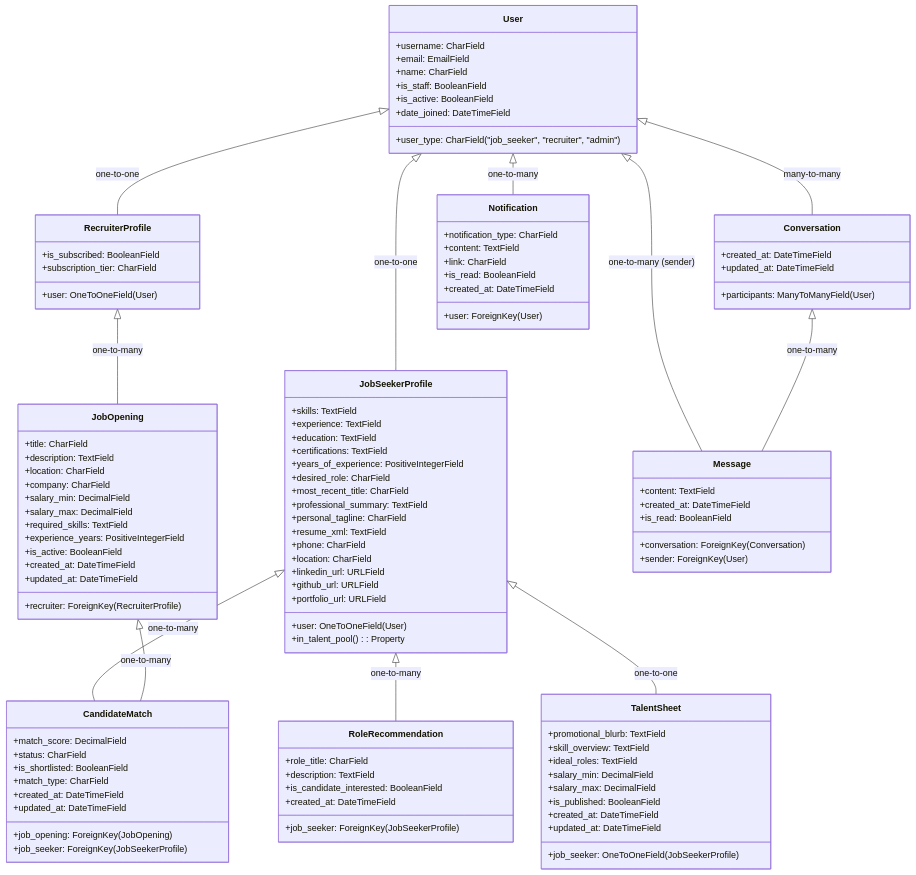
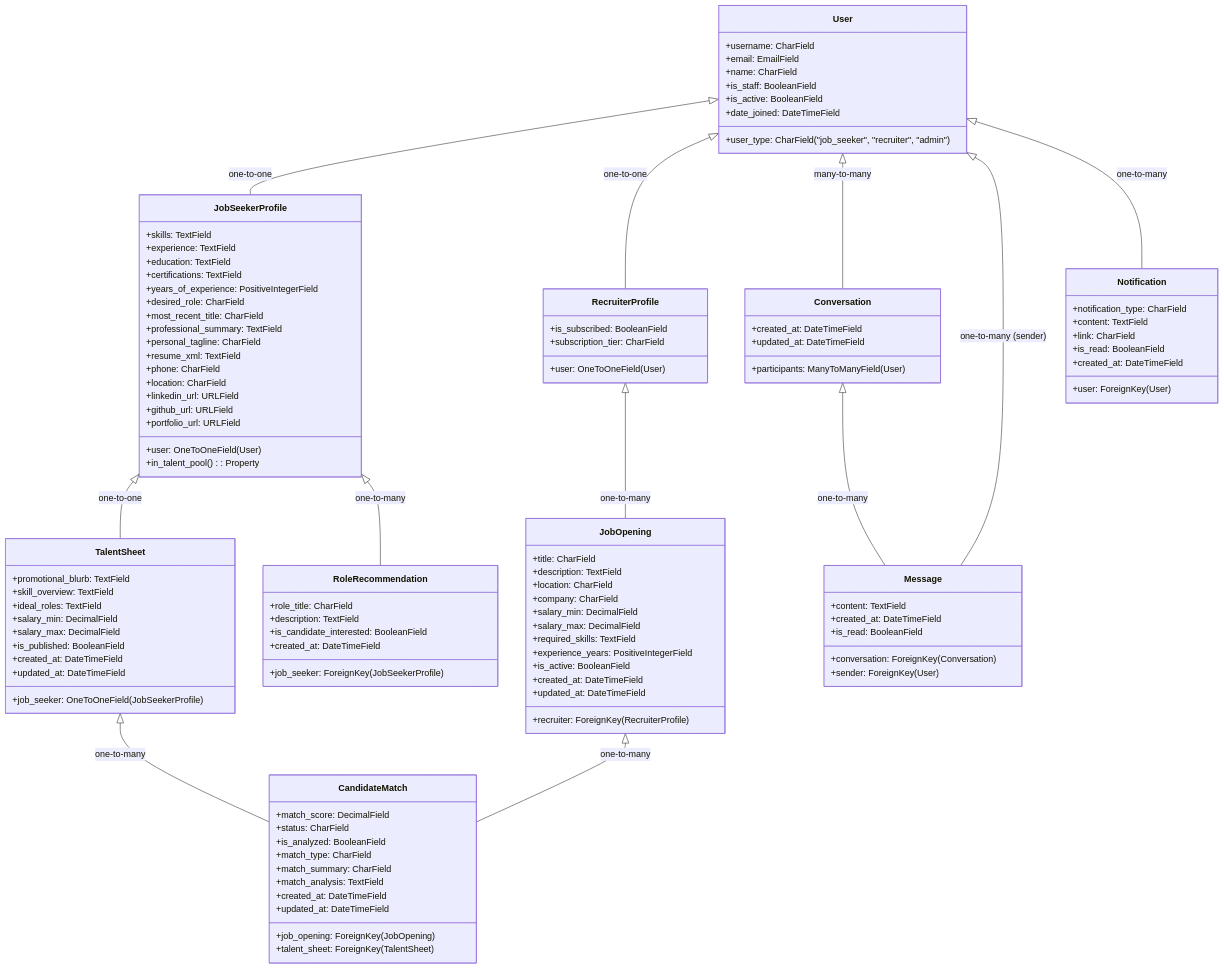
One commit to btfranklin/hiredar-saas-archive changed the diagram in docs/MODELS.md. Above: the diagram before and after it, drawn with Mermaid. The commit also changed other lines of this file and 4 other files, not shown here.

```diff
--- a/docs/MODELS.md
+++ b/docs/MODELS.md
@@ -9,10 +9,10 @@
     User <|-- JobSeekerProfile : one-to-one
     User <|-- RecruiterProfile : one-to-one
     RecruiterProfile <|-- JobOpening : one-to-many
-    JobSeekerProfile <|-- CandidateMatch : one-to-many
+    JobSeekerProfile <|-- TalentSheet : one-to-one
+    TalentSheet <|-- CandidateMatch : one-to-many
     JobOpening <|-- CandidateMatch : one-to-many
     JobSeekerProfile <|-- RoleRecommendation : one-to-many
-    JobSeekerProfile <|-- TalentSheet : one-to-one
     User <|-- Conversation : many-to-many
     User <|-- Message : one-to-many (sender)
     Conversation <|-- Message : one-to-many
@@ -71,11 +71,13 @@
     
     class CandidateMatch {
         +job_opening: ForeignKey(JobOpening)
-        +job_seeker: ForeignKey(JobSeekerProfile)
+        +talent_sheet: ForeignKey(TalentSheet)
         +match_score: DecimalField
         +status: CharField
-        +is_shortlisted: BooleanField
+        +is_analyzed: BooleanField
         +match_type: CharField
+        +match_summary: CharField
+        +match_analysis: TextField
         +created_at: DateTimeField
         +updated_at: DateTimeField
     }
```
